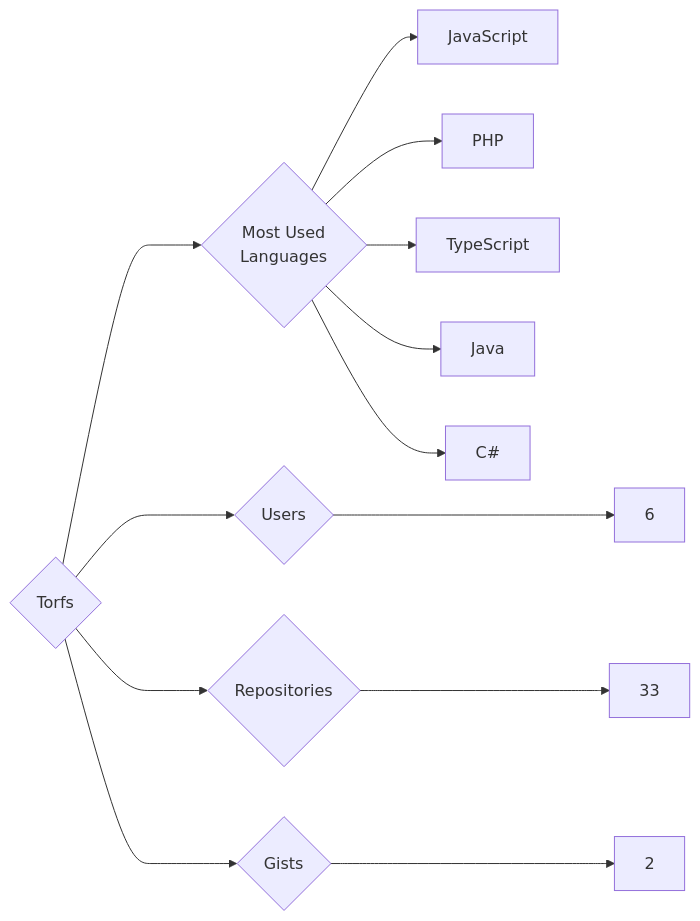
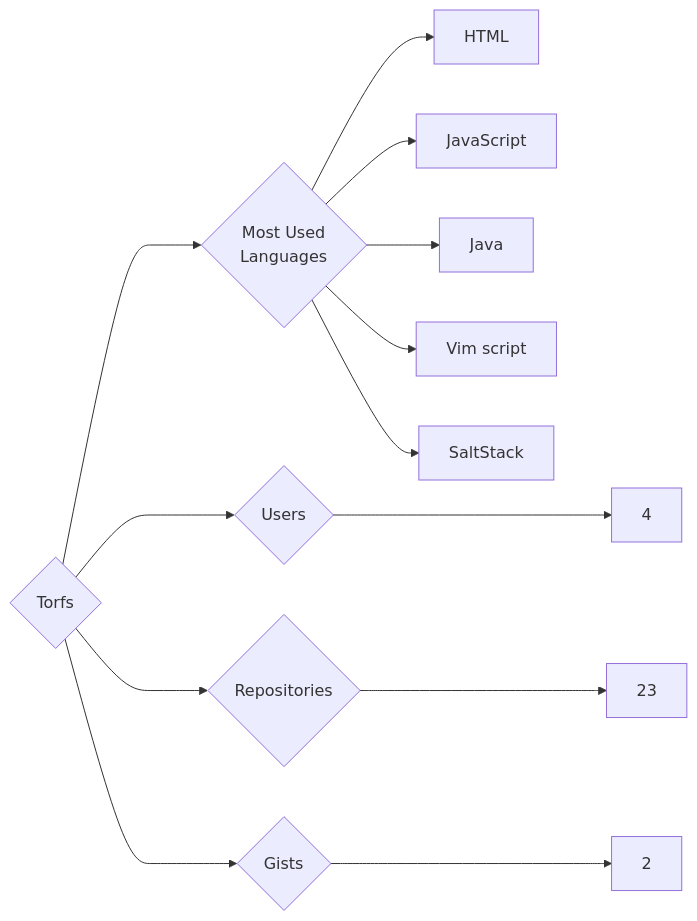
The diagram in targets/Torfs/README.md (trickest/insiders), drawn with Mermaid before and after one commit. The commit also changed 970 other files, not shown here.

````diff
--- a/targets/Torfs/README.md
+++ b/targets/Torfs/README.md
@@ -3,13 +3,13 @@
 ```mermaid
 graph LR
 COMPANY_NAME{Torfs}
-COMPANY_NAME ---> U{Users} ---> UN[6]
-COMPANY_NAME ---> R{Repositories} ---> RN[33]
+COMPANY_NAME ---> U{Users} ---> UN[4]
+COMPANY_NAME ---> R{Repositories} ---> RN[23]
 COMPANY_NAME ---> G{Gists} ---> GN[2]
 COMPANY_NAME ---> ML{Most Used<br>Languages}
+ML --> HTML[HTML]
 ML --> JavaScript[JavaScript]
-ML --> PHP[PHP]
-ML --> TypeScript[TypeScript]
 ML --> Java[Java]
-ML --> C#[C#]
+ML --> Vim_script[Vim script]
+ML --> SaltStack[SaltStack]
 ```
````
